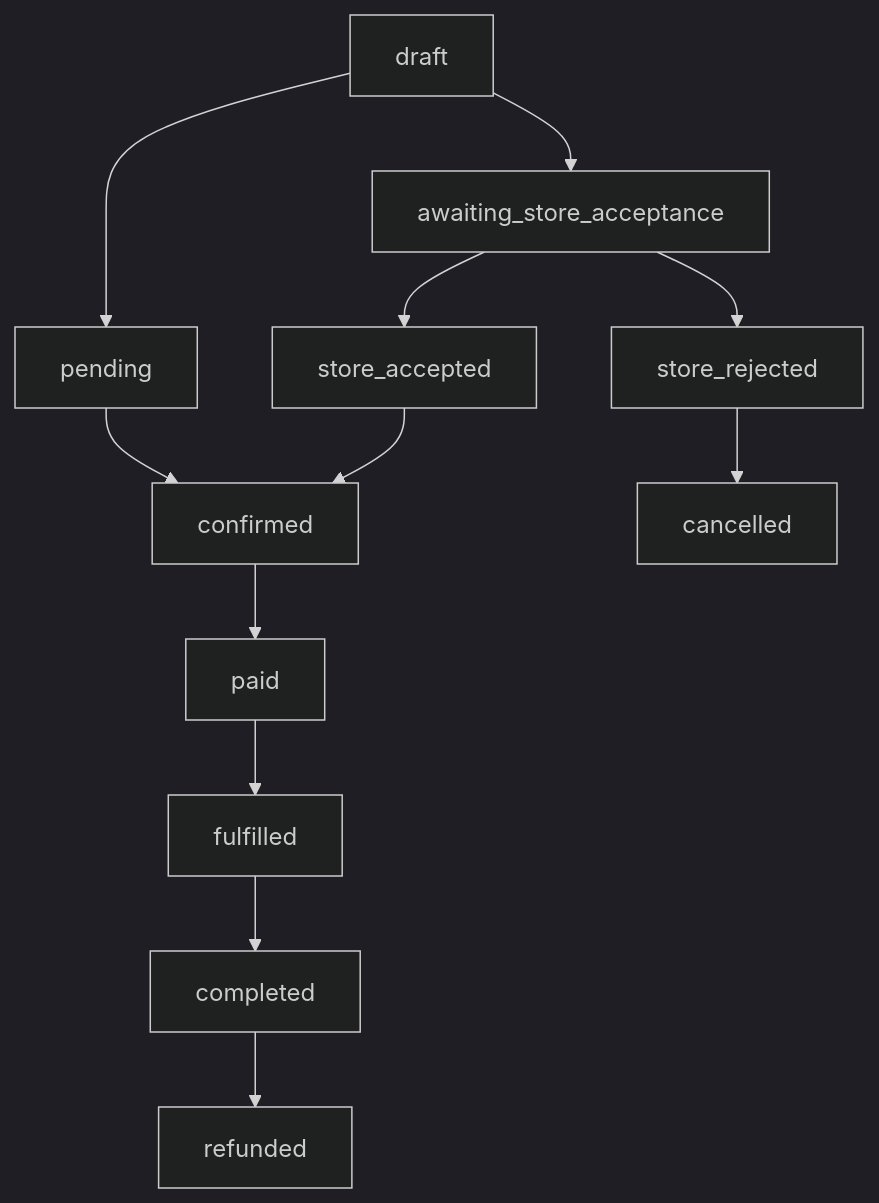
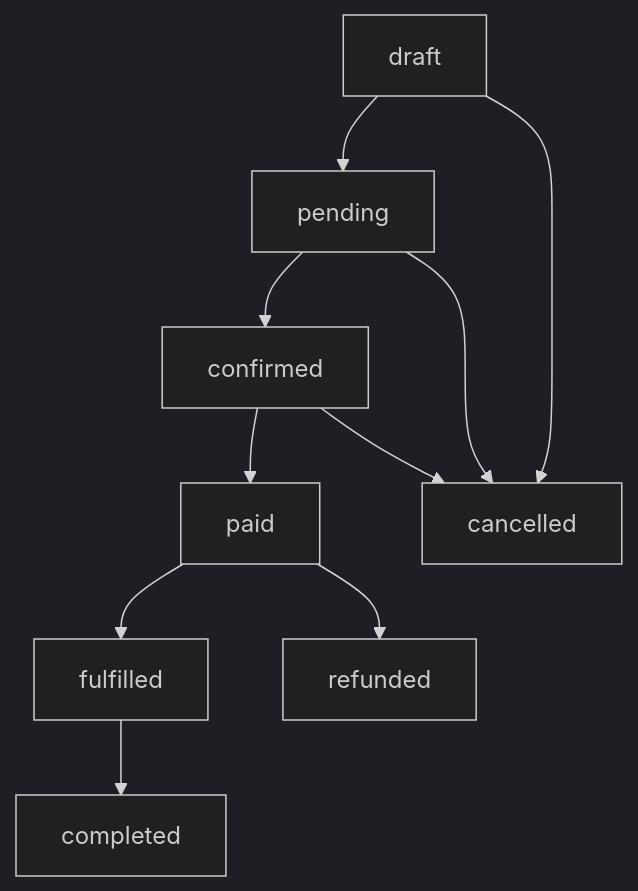
The second of 5 diagrams in docs/ai/context.md (dream-studio-china/edc-online-membership), drawn with Mermaid (dark theme) before and after one commit. The commit also changed other lines of this file and 7 other files, not shown here.

````diff
--- a/docs/ai/context.md
+++ b/docs/ai/context.md
@@ -311,9 +312,8 @@
 ```mermaid
 flowchart TD
-    draft["draft"] --> pending["pending"] --> confirmed["confirmed"] --> paid["paid"] --> fulfilled["fulfilled"] --> completed["completed"] --> refunded["refunded"]
-    draft --> awaiting["awaiting_store_acceptance"]
-    awaiting --> accepted["store_accepted"]
-    accepted --> confirmed
-    awaiting --> rejected["store_rejected"]
-    rejected --> cancelled["cancelled"]
+    draft["draft"] --> pending["pending"] --> confirmed["confirmed"] --> paid["paid"] --> fulfilled["fulfilled"] --> completed["completed"]
+    paid --> refunded["refunded"]
+    draft --> cancelled["cancelled"]
+    pending --> cancelled
+    confirmed --> cancelled
 ```
````
